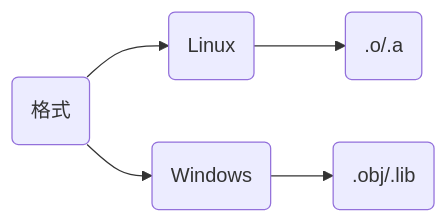
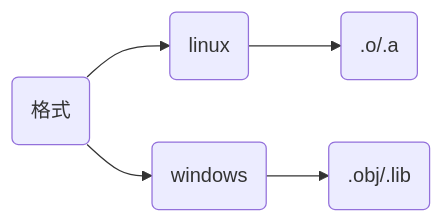
Before and after one commit to dmjcb/dmjcb.github.io: the first of 2 diagrams in _posts/language/c_c++/library/2022-08-15-静态库.md, drawn with Mermaid. The commit also changed 28 other files, not shown here.

````diff
--- a/_posts/language/c_c++/library/2022-08-15-静态库.md
+++ b/_posts/language/c_c++/library/2022-08-15-静态库.md
@@ -11,6 +11,6 @@
 ```mermaid
 graph LR;
     X(格式)
-    X --> A(Linux) --> A1(".o/.a")
-    X --> B(Windows) --> B1(".obj/.lib")
+    X --> A(linux) --> A1(".o/.a")
+    X --> B(windows) --> B1(".obj/.lib")
 ```
````
